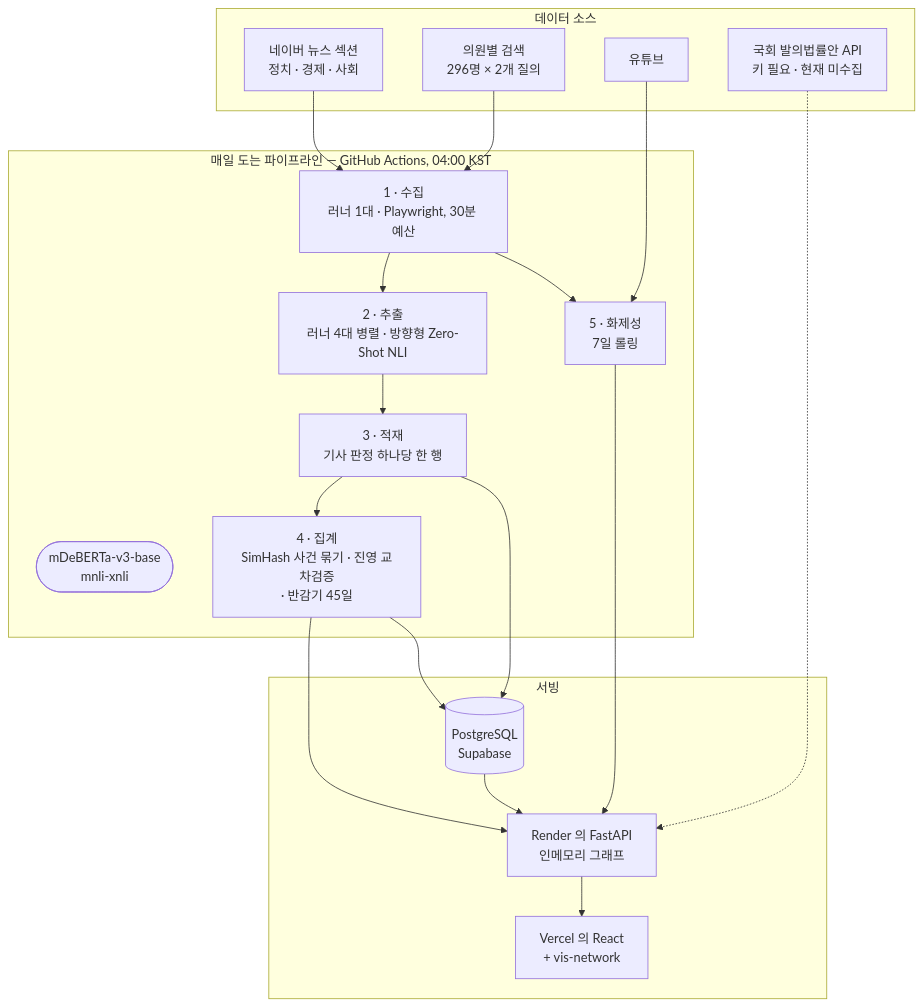
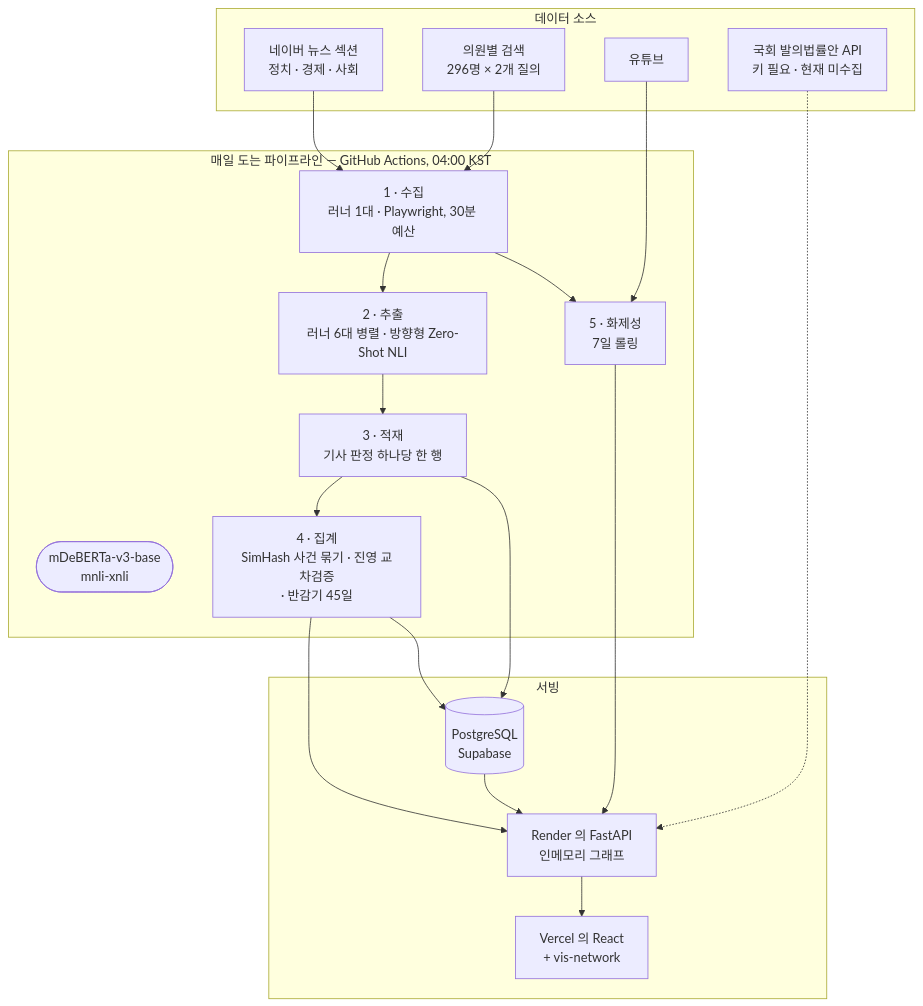
Before and after one commit to showjihyun/KoreaPolitician: the diagram in README.ko.md, drawn with Mermaid. The commit also changed other lines of this file and 2 other files, not shown here.

````diff
--- a/README.ko.md
+++ b/README.ko.md
@@ -69,34 +69,34 @@
 ```mermaid
 flowchart TB
     subgraph S["데이터 소스"]
         A["네이버 뉴스 섹션<br/>정치 · 경제 · 사회"]
         B["의원별 검색<br/>296명 × 2개 질의"]
         C["유튜브"]
         D["국회 발의법률안 API<br/>키 필요 · 현재 미수집"]
     end
 
     subgraph P["매일 도는 파이프라인 — GitHub Actions, 04:00 KST"]
         E["1 · 수집<br/>러너 1대 · Playwright, 30분 예산"]
-        F["2 · 추출<br/>러너 4대 병렬 · 방향형 Zero-Shot NLI"]
+        F["2 · 추출<br/>러너 6대 병렬 · 방향형 Zero-Shot NLI"]
         M(["mDeBERTa-v3-base<br/>mnli-xnli"])
         G["3 · 적재<br/>기사 판정 하나당 한 행"]
         H["4 · 집계<br/>SimHash 사건 묶기 · 진영 교차검증<br/>· 반감기 45일"]
         I["5 · 화제성<br/>7일 롤링"]
     end
 
     subgraph B2["서빙"]
         J[("PostgreSQL<br/>Supabase")]
         K["Render 의 FastAPI<br/>인메모리 그래프"]
         L["Vercel 의 React<br/>+ vis-network"]
     end
 
     A --> E
     B --> E
     E --> F --> G --> H --> K
     C --> I
     E --> I --> K
     D -.-> K
     G --> J
     H --> J
     J --> K --> L
 ```
````
